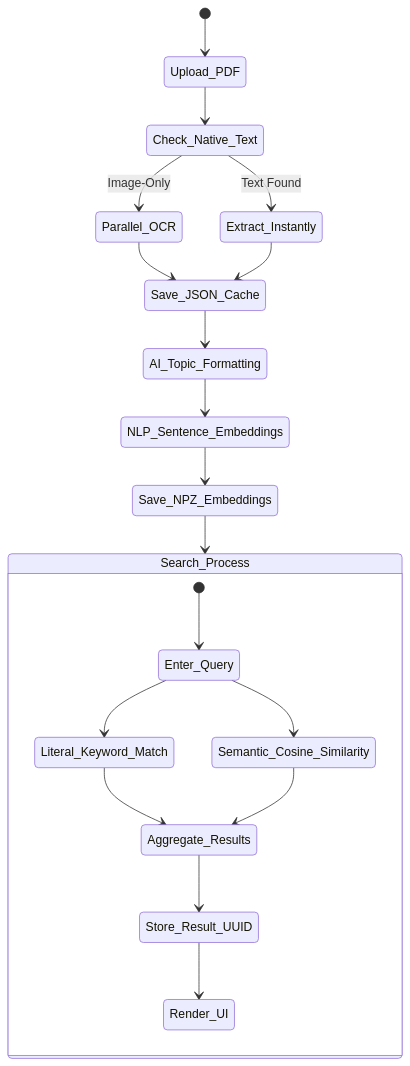
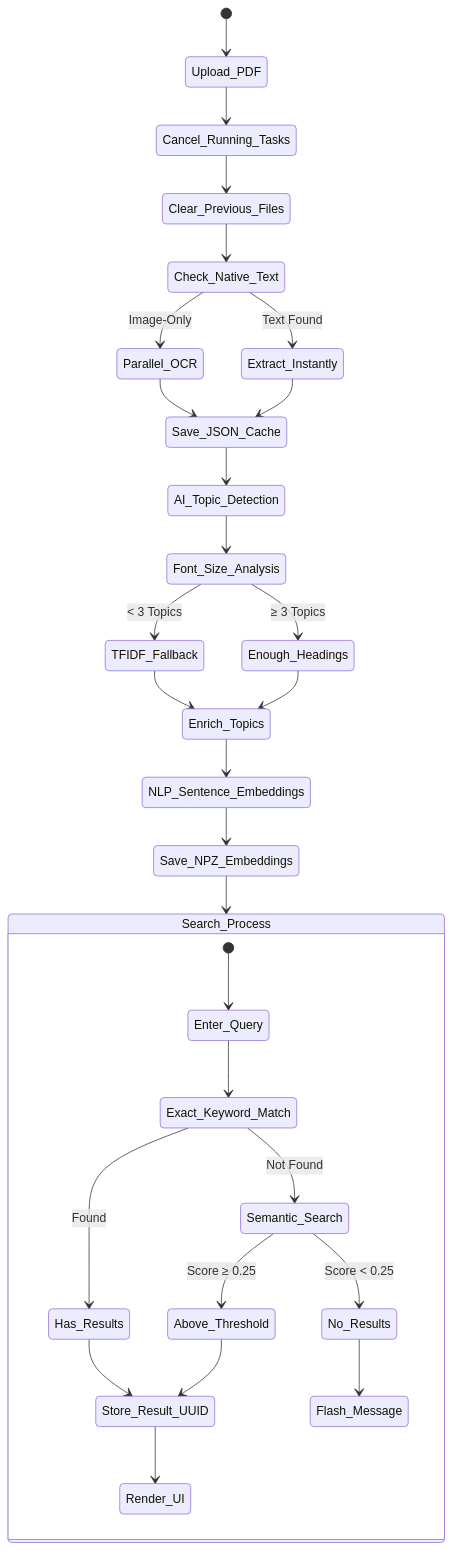
Before and after one commit to venkatesh-0910/fileSearchEngine: the sixth of 10 diagrams in README.md, drawn with Mermaid. The commit also changed other lines of this file, not shown here.

````diff
--- a/README.md
+++ b/README.md
@@ -269,26 +701,36 @@
 ```mermaid
 stateDiagram-v2
     [*] --> Upload_PDF
-    Upload_PDF --> Check_Native_Text
+    Upload_PDF --> Cancel_Running_Tasks
+    Cancel_Running_Tasks --> Clear_Previous_Files
+    Clear_Previous_Files --> Check_Native_Text
     Check_Native_Text --> Extract_Instantly : Text Found
     Check_Native_Text --> Parallel_OCR : Image-Only
     
     Parallel_OCR --> Save_JSON_Cache
     Extract_Instantly --> Save_JSON_Cache
     
-    Save_JSON_Cache --> AI_Topic_Formatting
-    AI_Topic_Formatting --> NLP_Sentence_Embeddings
+    Save_JSON_Cache --> AI_Topic_Detection
+    AI_Topic_Detection --> Font_Size_Analysis
+    Font_Size_Analysis --> Enough_Headings : ≥ 3 Topics
+    Font_Size_Analysis --> TFIDF_Fallback : < 3 Topics
+    TFIDF_Fallback --> Enrich_Topics
+    Enough_Headings --> Enrich_Topics
+    Enrich_Topics --> NLP_Sentence_Embeddings
     NLP_Sentence_Embeddings --> Save_NPZ_Embeddings
     
     state Search_Process {
         [*] --> Enter_Query
-        Enter_Query --> Literal_Keyword_Match
-        Enter_Query --> Semantic_Cosine_Similarity
-        Literal_Keyword_Match --> Aggregate_Results
-        Semantic_Cosine_Similarity --> Aggregate_Results
-        Aggregate_Results --> Store_Result_UUID
+        Enter_Query --> Exact_Keyword_Match
+        Exact_Keyword_Match --> Has_Results : Found
+        Exact_Keyword_Match --> Semantic_Search : Not Found
+        Semantic_Search --> Above_Threshold : Score ≥ 0.25
+        Semantic_Search --> No_Results : Score < 0.25
+        Has_Results --> Store_Result_UUID
+        Above_Threshold --> Store_Result_UUID
+        No_Results --> Flash_Message
         Store_Result_UUID --> Render_UI
     }
     
     Save_NPZ_Embeddings --> Search_Process
 ```
````
